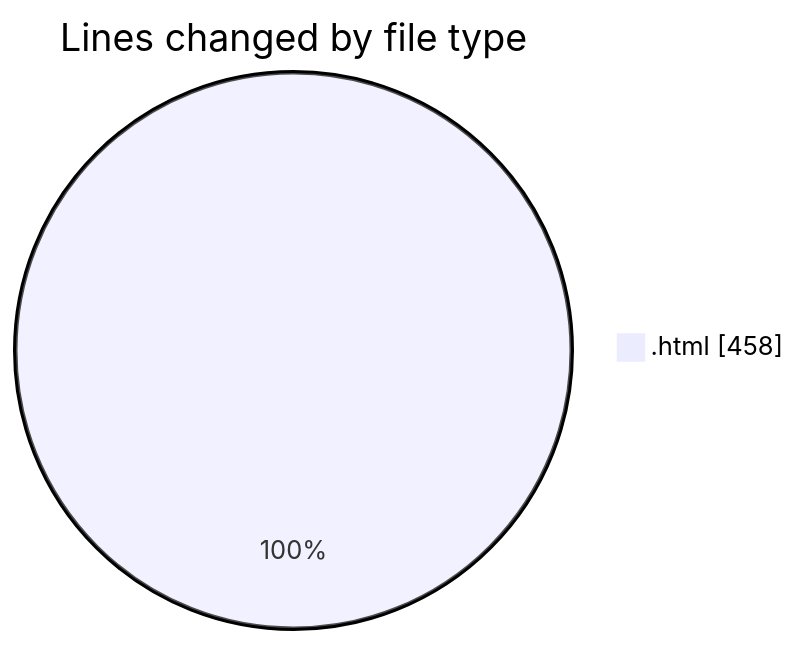
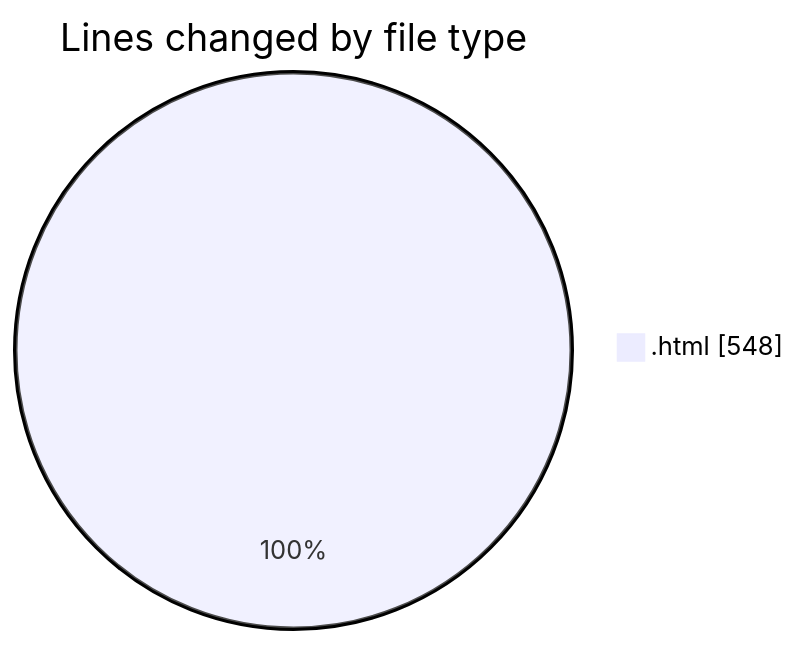
Before and after one commit to LanceThiago/code-tracking: the first of 2 diagrams in 2025-01-13/nueva_carpeta/README.md, drawn with Mermaid. The commit also changed other lines of this file and 1 other file, not shown here.

````diff
--- a/2025-01-13/nueva_carpeta/README.md
+++ b/2025-01-13/nueva_carpeta/README.md
@@ -20,5 +20,5 @@
 ```mermaid
 pie showData
 title Lines changed by file type
-".html" : 458
+".html" : 548
 ```
````
